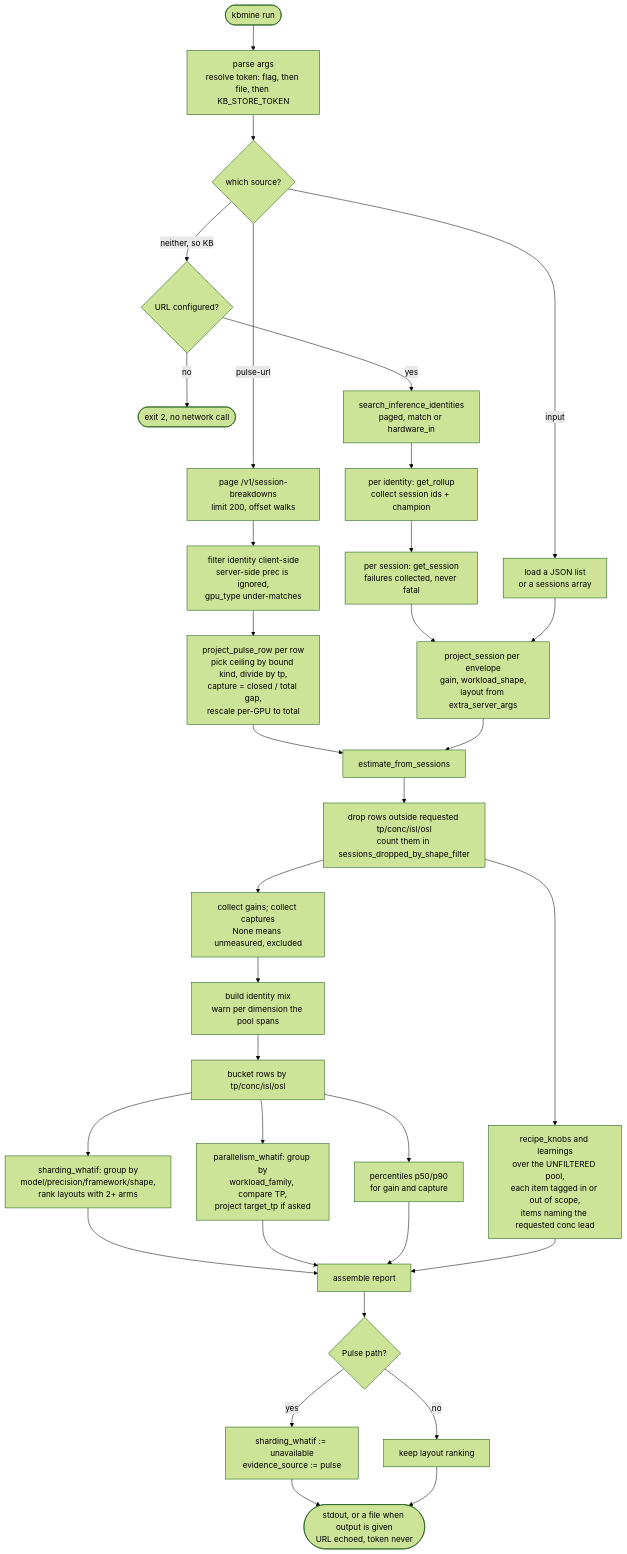
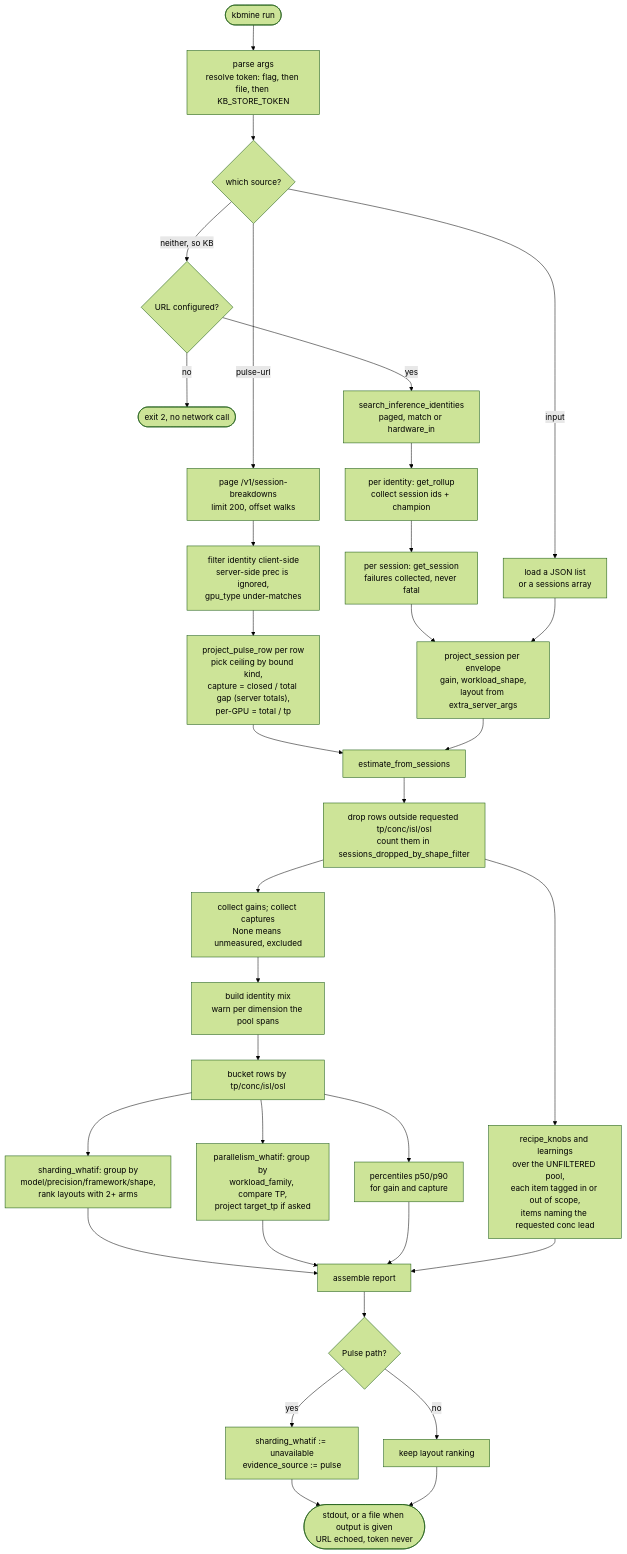
Before and after one commit to AMD-AGI/Hyperloom: the second of 3 diagrams in tools/kbmine/docs/architecture.md, drawn with Mermaid (forest theme). The commit also changed 3 other files, not shown here.

First line of the commit message:
fix(kbmine): Pulse's per-GPU arms are server totals; compare them with the server ceilings as they are

````diff
--- a/tools/kbmine/docs/architecture.md
+++ b/tools/kbmine/docs/architecture.md
@@ -99,41 +99,41 @@
 ```mermaid
 flowchart TD
     START(["kbmine run"]) --> ARGS["parse args<br/>resolve token: flag, then file, then KB_STORE_TOKEN"]
     ARGS --> PICK{"which source?"}
 
     PICK -->|"input"| OFF["load a JSON list<br/>or a sessions array"]
 
     PICK -->|"pulse-url"| P1["page /v1/session-breakdowns<br/>limit 200, offset walks"]
     P1 --> P2["filter identity client-side<br/>server-side prec is ignored,<br/>gpu_type under-matches"]
-    P2 --> P3["project_pulse_row per row<br/>pick ceiling by bound kind, divide by tp,<br/>capture = closed / total gap,<br/>rescale per-GPU to total"]
+    P2 --> P3["project_pulse_row per row<br/>pick ceiling by bound kind,<br/>capture = closed / total gap (server totals),<br/>per-GPU = total / tp"]
 
     PICK -->|"neither, so KB"| K0{"URL configured?"}
     K0 -->|"no"| K0X(["exit 2, no network call"])
     K0 -->|"yes"| K1["search_inference_identities<br/>paged, match or hardware_in"]
     K1 --> K2["per identity: get_rollup<br/>collect session ids + champion"]
     K2 --> K3["per session: get_session<br/>failures collected, never fatal"]
     K3 --> K4["project_session per envelope<br/>gain, workload_shape,<br/>layout from extra_server_args"]
 
     OFF --> K4
     P3 --> AGG
     K4 --> AGG["estimate_from_sessions"]
 
     AGG --> S1["drop rows outside requested tp/conc/isl/osl<br/>count them in sessions_dropped_by_shape_filter"]
     S1 --> S2["collect gains; collect captures<br/>None means unmeasured, excluded"]
     S2 --> S3["build identity mix<br/>warn per dimension the pool spans"]
     S3 --> S4["bucket rows by tp/conc/isl/osl"]
     S4 --> S5["sharding_whatif: group by<br/>model/precision/framework/shape,<br/>rank layouts with 2+ arms"]
     S4 --> S6["parallelism_whatif: group by<br/>workload_family, compare TP,<br/>project target_tp if asked"]
     S4 --> S7["percentiles p50/p90<br/>for gain and capture"]
     S1 --> S8["recipe_knobs and learnings<br/>over the UNFILTERED pool,<br/>each item tagged in or out of scope,<br/>items naming the requested conc lead"]
 
     S5 --> OUT
     S6 --> OUT
     S7 --> OUT
     S8 --> OUT["assemble report"]
     OUT --> PATCH{"Pulse path?"}
     PATCH -->|"yes"| PX["sharding_whatif := unavailable<br/>evidence_source := pulse"]
     PATCH -->|"no"| PY["keep layout ranking"]
     PX --> FIN
     PY --> FIN(["stdout, or a file when output is given<br/>URL echoed, token never"])
 ```
````
